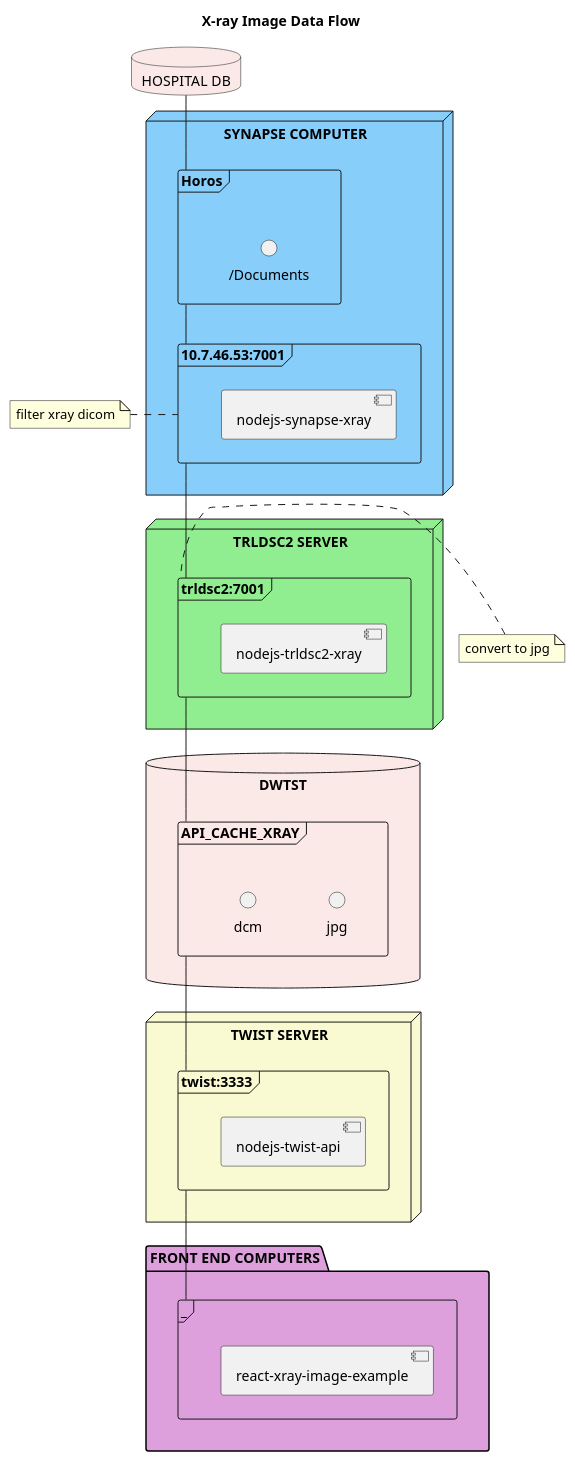
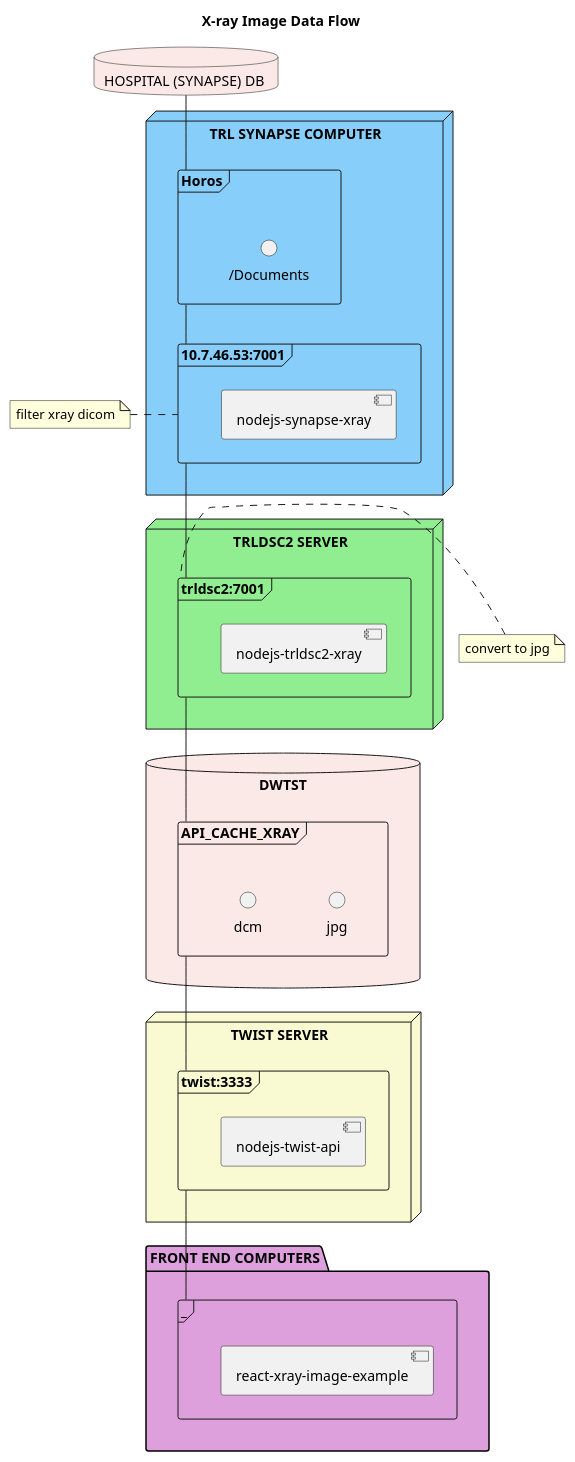
One commit to TwistTRL/nodejs-twist-api changed the diagram in assets/synapse/xray-image-simple.iuml. Above: the diagram before and after it, drawn with PlantUML. The commit also changed 7 other files, not shown here.

```diff
--- a/assets/synapse/xray-image-simple.iuml
+++ b/assets/synapse/xray-image-simple.iuml
@@ -1,56 +1,56 @@
 @startuml
 ' skinparam componentStyle uml2
 
 title X-ray Image Data Flow
 
-database "HOSPITAL DB" as db #fbe9e7
+database "HOSPITAL (SYNAPSE) DB " as db #fbe9e7
 
-node "SYNAPSE COMPUTER" as synapse #LightSkyBlue {
+node "TRL SYNAPSE COMPUTER" as synapse #LightSkyBlue {
     frame "Horos" as horos {
         interface "/Documents"
     }
 
     frame "10.7.46.53:7001" as imageAPI {
         component "nodejs-synapse-xray" as componentImageAPI
     }
 
     horos -- imageAPI
 }
 
 node "TRLDSC2 SERVER" as trldsc2 #LightGreen {
     frame "trldsc2:7001" as trldsc2API {
         component "nodejs-trldsc2-xray" as trldsc2ImageAPI  
     }
 }
 
 
 node "TWIST SERVER" as twist #LightGoldenRodYellow {
     frame "twist:3333" as twistAPI {
         component "nodejs-twist-api" as componentTwistAPI
     }
 
 }
 
 database DWTST #fbe9e7 {
     frame "API_CACHE_XRAY" as dbCache {
         interface jpg
         interface dcm
     }
 }
 
 package "FRONT END COMPUTERS" as frontEnd #Plum {
     frame "_" as imageFE {
         component "react-xray-image-example"
     }
 }
 
 
 db -down- horos
 imageAPI -- trldsc2API
 trldsc2API -down- dbCache
 dbCache -down- twistAPI 
 twistAPI -- imageFE
 
 note left of imageAPI : filter xray dicom
 note left of trldsc2API : convert to jpg
 @enduml
```
